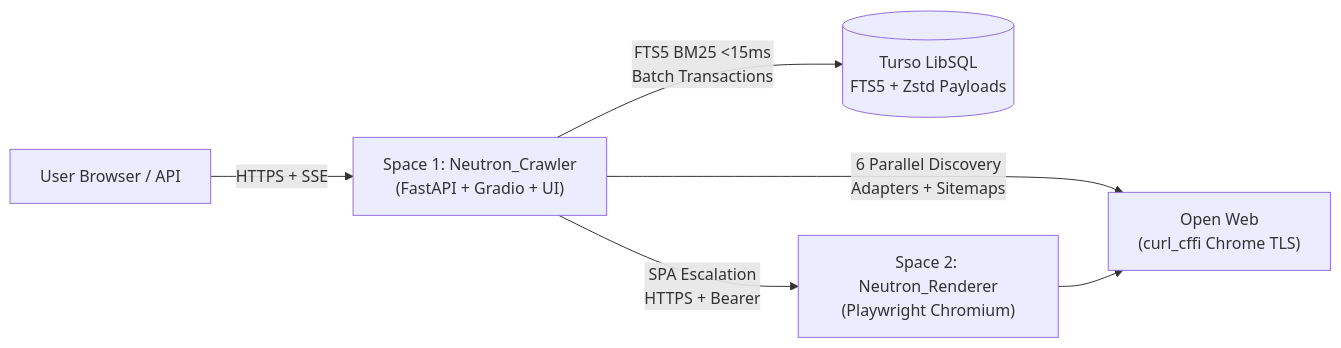
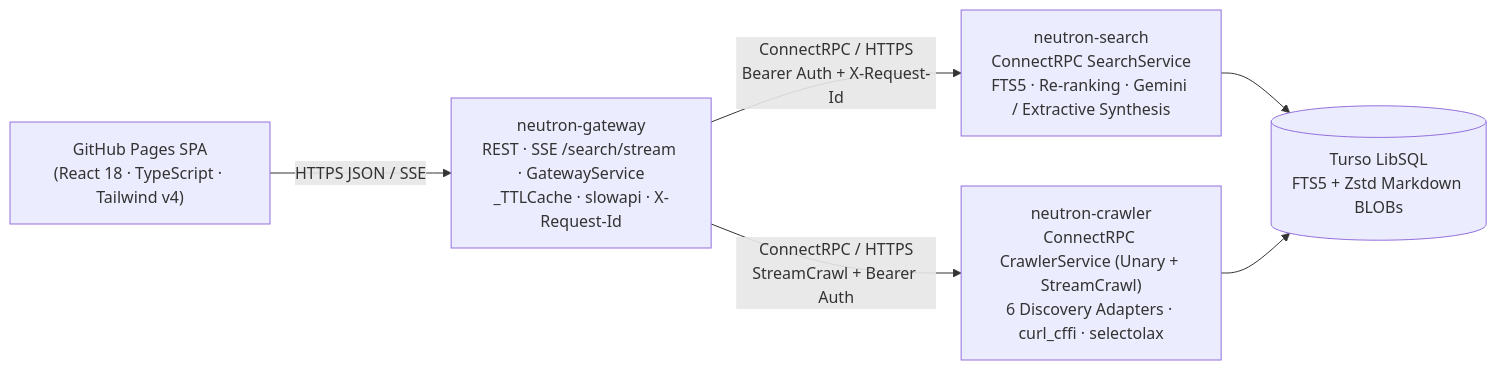
One commit to fahiiim/Neutron-Web-Crawler changed the diagram in README.md. Above: the diagram before and after it, drawn with Mermaid. The commit also changed other lines of this file and 1 other file, not shown here.

Commit message:
Update README and add detailed High-Level System Architecture doc for current stack

````diff
--- a/README.md
+++ b/README.md
@@ -26,8 +9,14 @@
 ```mermaid
 flowchart LR
-    User["User Browser / API"] -->|"HTTPS + SSE"| Crawler["Space 1: Neutron_Crawler\n(FastAPI + Gradio + UI)"]
-    Crawler -->|"FTS5 BM25 <15ms\nBatch Transactions"| Turso[("Turso LibSQL\nFTS5 + Zstd Payloads")]
-    Crawler -->|"6 Parallel Discovery\nAdapters + Sitemaps"| Web["Open Web\n(curl_cffi Chrome TLS)"]
-    Crawler -->|"SPA Escalation\nHTTPS + Bearer"| Renderer["Space 2: Neutron_Renderer\n(Playwright Chromium)"]
-    Renderer --> Web
+    UI["GitHub Pages SPA\n(React 18 · TypeScript · Tailwind v4)"]
+    GW["neutron-gateway\nREST · SSE /search/stream · GatewayService\n_TTLCache · slowapi · X-Request-Id"]
+    Search["neutron-search\nConnectRPC SearchService\nFTS5 · Re-ranking · Gemini / Extractive Synthesis"]
+    Crawler["neutron-crawler\nConnectRPC CrawlerService (Unary + StreamCrawl)\n6 Discovery Adapters · curl_cffi · selectolax"]
+    Turso[("Turso LibSQL\nFTS5 + Zstd Markdown BLOBs")]
+
+    UI -->|"HTTPS JSON / SSE"| GW
+    GW -->|"ConnectRPC / HTTPS\nBearer Auth + X-Request-Id"| Search
+    GW -->|"ConnectRPC / HTTPS\nStreamCrawl + Bearer Auth"| Crawler
+    Search --> Turso
+    Crawler --> Turso
 ```
````
